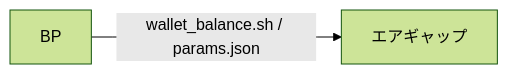
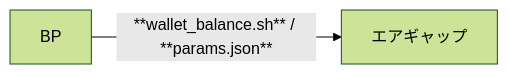
The second of 4 diagrams in docs/cardano/operation/calidus-key-generation.md (btbf/spojapanguild), drawn with Mermaid (forest theme) before and after one commit. The commit also changed other lines of this file, not shown here.

Commit message:
Added instructions to the documentation for creating a wallet in Eternl using a mnemonic phrase, and make other small fixes

````diff
--- a/docs/cardano/operation/calidus-key-generation.md
+++ b/docs/cardano/operation/calidus-key-generation.md
@@ -187,4 +187,4 @@
         ``` mermaid
         graph LR
-            A[BP] -->|wallet_balance.sh / params.json| B[エアギャップ];
+            A[BP] -->|**wallet_balance.sh** / **params.json**| B[エアギャップ];
         ```
````
